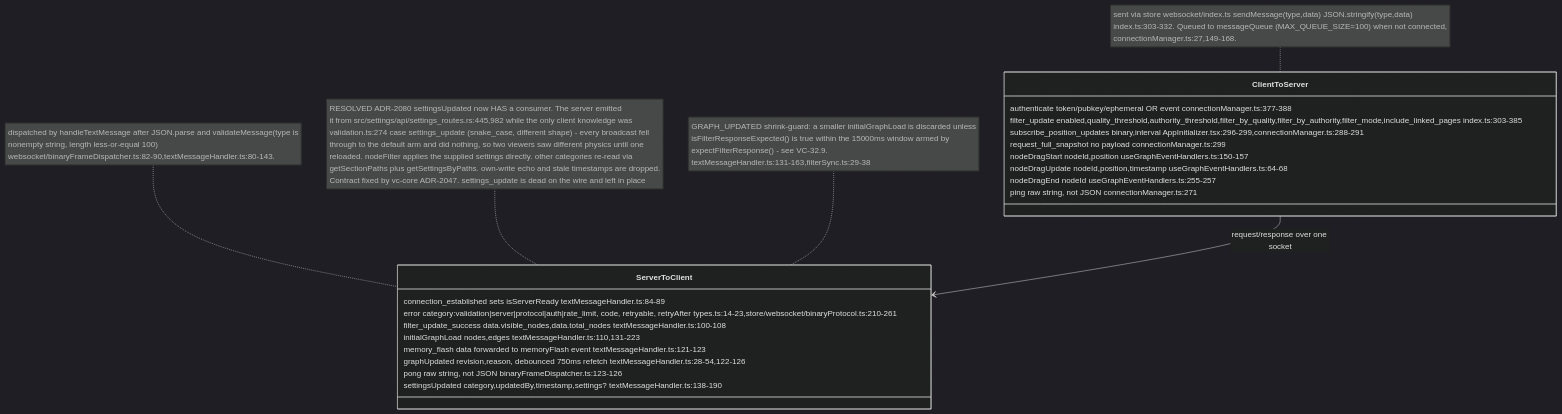
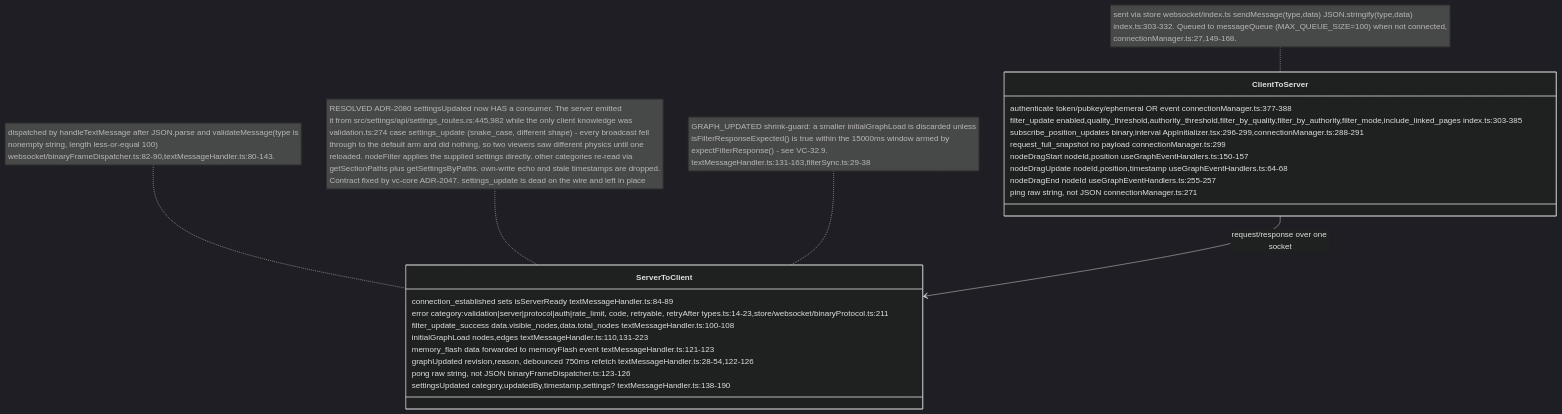
Before and after one commit to DreamLab-AI/VisionFlow: diagram 15 of 16 in docs/diagrams/visionclaw/32-client-websocket-and-binary.md, drawn with Mermaid (dark theme). The commit also changed other lines of this file and 32 other files, not shown here.

````diff
--- a/docs/diagrams/visionclaw/32-client-websocket-and-binary.md
+++ b/docs/diagrams/visionclaw/32-client-websocket-and-binary.md
@@ -486,28 +491,28 @@
 ```mermaid
 classDiagram
     class ClientToServer {
       authenticate  token/pubkey/ephemeral OR event  connectionManager.ts:377-388
       filter_update  enabled,quality_threshold,authority_threshold,filter_by_quality,filter_by_authority,filter_mode,include_linked_pages  index.ts:303-385
       subscribe_position_updates  binary,interval  AppInitializer.tsx:296-299,connectionManager.ts:288-291
       request_full_snapshot  no payload  connectionManager.ts:299
       nodeDragStart  nodeId,position  useGraphEventHandlers.ts:150-157
       nodeDragUpdate  nodeId,position,timestamp  useGraphEventHandlers.ts:64-68
       nodeDragEnd  nodeId  useGraphEventHandlers.ts:255-257
       ping  raw string, not JSON  connectionManager.ts:271
     }
     class ServerToClient {
       connection_established  sets isServerReady  textMessageHandler.ts:84-89
-      error  category:validation|server|protocol|auth|rate_limit, code, retryable, retryAfter  types.ts:14-23,store/websocket/binaryProtocol.ts:210-261
+      error  category:validation|server|protocol|auth|rate_limit, code, retryable, retryAfter  types.ts:14-23,store/websocket/binaryProtocol.ts:211
       filter_update_success  data.visible_nodes,data.total_nodes  textMessageHandler.ts:100-108
       initialGraphLoad  nodes,edges  textMessageHandler.ts:110,131-223
       memory_flash  data forwarded to memoryFlash event  textMessageHandler.ts:121-123
       graphUpdated  revision,reason, debounced 750ms refetch  textMessageHandler.ts:28-54,122-126
       pong  raw string, not JSON  binaryFrameDispatcher.ts:123-126
       settingsUpdated  category,updatedBy,timestamp,settings? textMessageHandler.ts:138-190
     }
     ClientToServer --> ServerToClient : request/response over one socket
     note for ClientToServer "sent via store websocket/index.ts sendMessage(type,data) JSON.stringify(type,data)<br/>index.ts:303-332. Queued to messageQueue (MAX_QUEUE_SIZE=100) when not connected,<br/>connectionManager.ts:27,149-168."
     note for ServerToClient "dispatched by handleTextMessage after JSON.parse and validateMessage(type is<br/>nonempty string, length less-or-equal 100)<br/>websocket/binaryFrameDispatcher.ts:82-90,textMessageHandler.ts:80-143."
     note for ServerToClient "RESOLVED ADR-2080 settingsUpdated now HAS a consumer. The server emitted<br/>it from src/settings/api/settings_routes.rs:445,982 while the only client knowledge was<br/>validation.ts:274 case settings_update (snake_case, different shape) - every broadcast fell<br/>through to the default arm and did nothing, so two viewers saw different physics until one<br/>reloaded. nodeFilter applies the supplied settings directly. other categories re-read via<br/>getSectionPaths plus getSettingsByPaths. own-write echo and stale timestamps are dropped.<br/>Contract fixed by vc-core ADR-2047. settings_update is dead on the wire and left in place"
     note for ServerToClient "GRAPH_UPDATED shrink-guard: a smaller initialGraphLoad is discarded unless<br/>isFilterResponseExpected() is true within the 15000ms window armed by<br/>expectFilterResponse() - see VC-32.9.<br/>textMessageHandler.ts:131-163,filterSync.ts:29-38"
 ```
````
